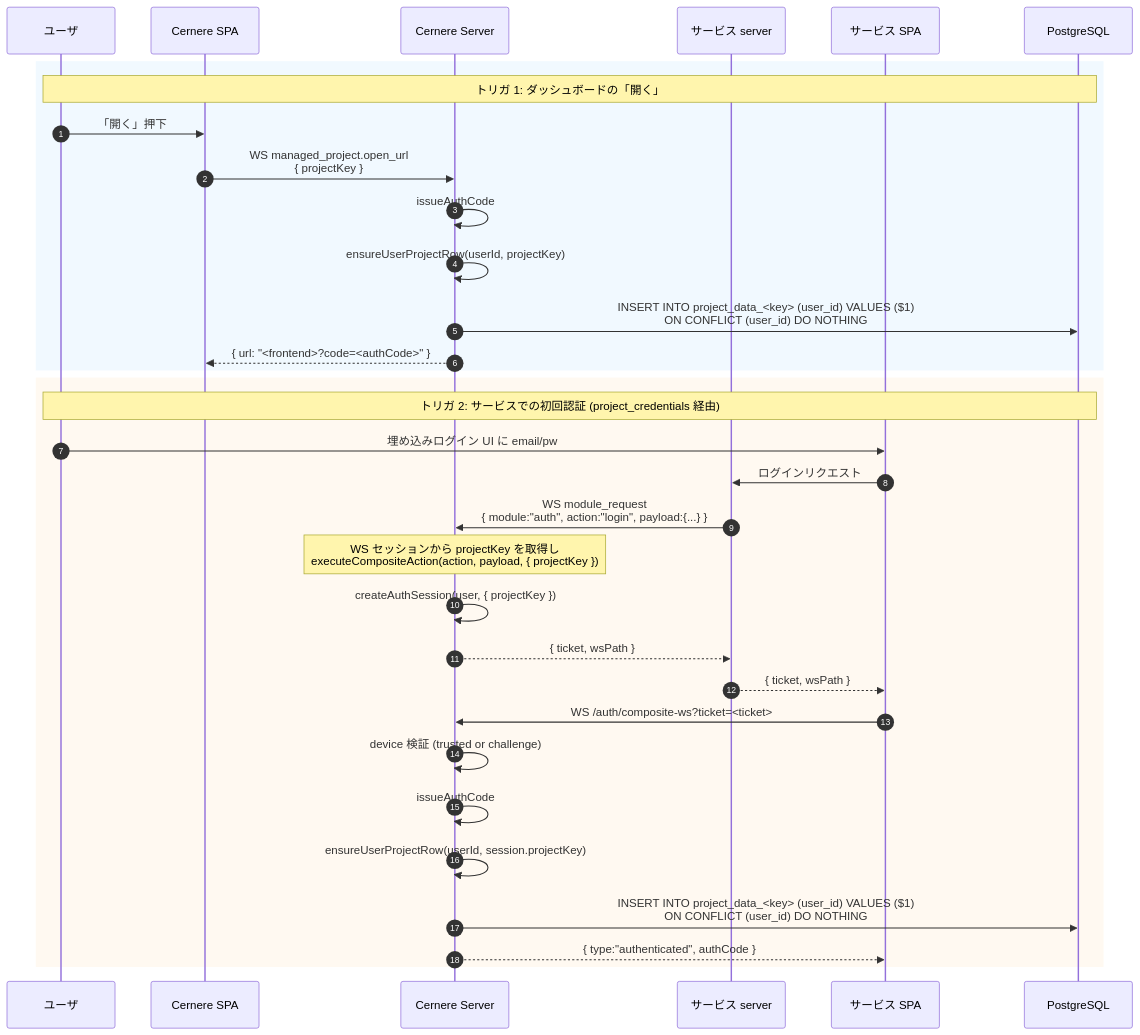
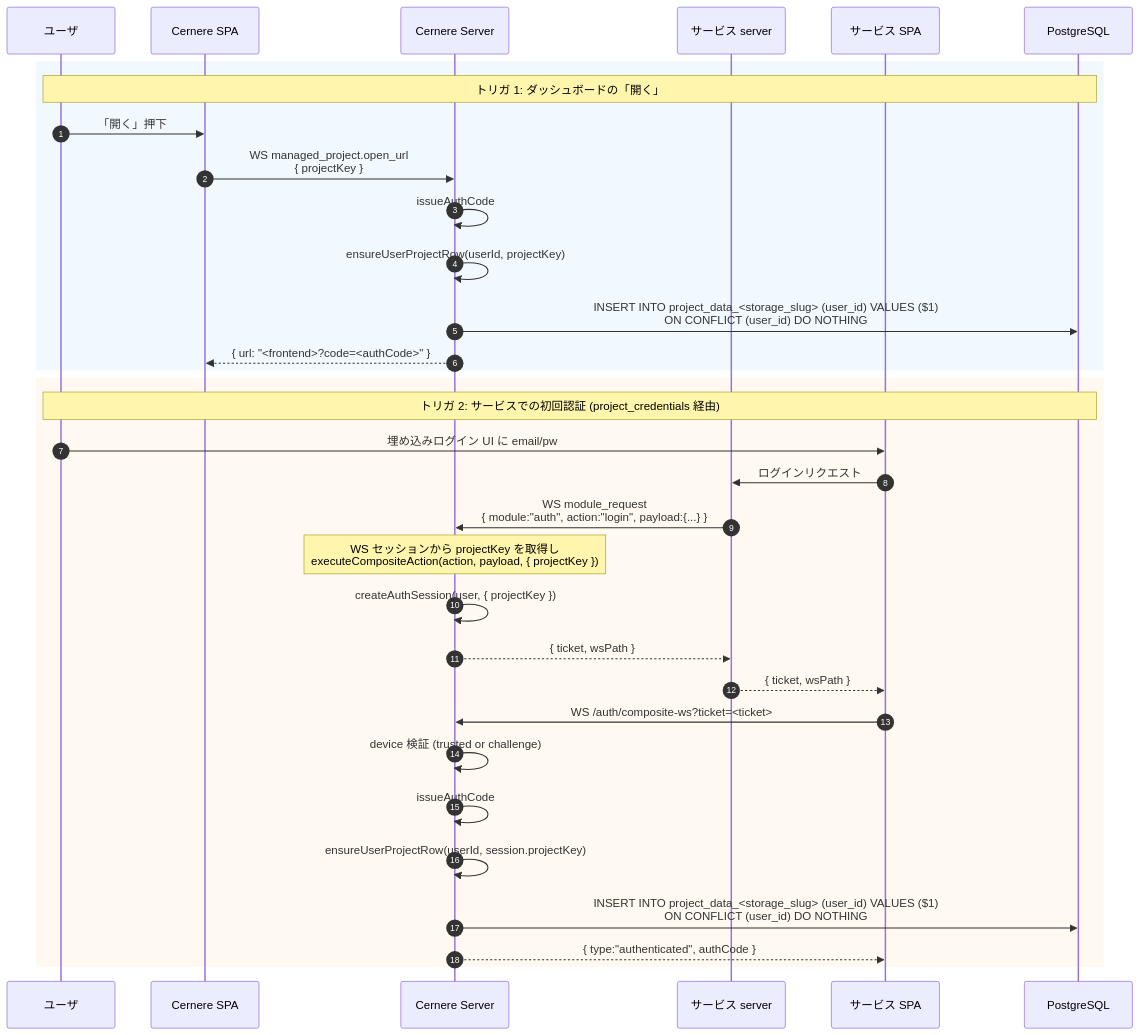
The diagram in spec/feature/user-project-row.md (LUDIARS/Cernere), drawn with Mermaid before and after one commit. The commit also changed other lines of this file and 14 other files, not shown here.

First line of the commit message:
feat(project): project key と storage 識別子を分離する (storage_slug)

````diff
--- a/spec/feature/user-project-row.md
+++ b/spec/feature/user-project-row.md
@@ -17,37 +17,37 @@
 ```mermaid
 sequenceDiagram
     autonumber
     participant U as ユーザ
     participant CF as Cernere SPA
     participant CS as Cernere Server
     participant SS as サービス server
     participant SF as サービス SPA
     participant DB as PostgreSQL
 
     rect rgba(220,240,255,0.4)
     Note over U,DB: トリガ 1: ダッシュボードの「開く」
     U->>CF: 「開く」押下
     CF->>CS: WS managed_project.open_url<br/>{ projectKey }
     CS->>CS: issueAuthCode
     CS->>CS: ensureUserProjectRow(userId, projectKey)
-    CS->>DB: INSERT INTO project_data_<key> (user_id) VALUES ($1)<br/>ON CONFLICT (user_id) DO NOTHING
+    CS->>DB: INSERT INTO project_data_<storage_slug> (user_id) VALUES ($1)<br/>ON CONFLICT (user_id) DO NOTHING
     CS-->>CF: { url: "<frontend>?code=<authCode>" }
     end
 
     rect rgba(255,240,220,0.4)
     Note over U,DB: トリガ 2: サービスでの初回認証 (project_credentials 経由)
     U->>SF: 埋め込みログイン UI に email/pw
     SF->>SS: ログインリクエスト
     SS->>CS: WS module_request<br/>{ module:"auth", action:"login", payload:{...} }
     Note over CS: WS セッションから projectKey を取得し<br/>executeCompositeAction(action, payload, { projectKey })
     CS->>CS: createAuthSession(user, { projectKey })
     CS-->>SS: { ticket, wsPath }
     SS-->>SF: { ticket, wsPath }
     SF->>CS: WS /auth/composite-ws?ticket=<ticket>
     CS->>CS: device 検証 (trusted or challenge)
     CS->>CS: issueAuthCode
     CS->>CS: ensureUserProjectRow(userId, session.projectKey)
-    CS->>DB: INSERT INTO project_data_<key> (user_id) VALUES ($1)<br/>ON CONFLICT (user_id) DO NOTHING
+    CS->>DB: INSERT INTO project_data_<storage_slug> (user_id) VALUES ($1)<br/>ON CONFLICT (user_id) DO NOTHING
     CS-->>SF: { type:"authenticated", authCode }
     end
 ```
````
